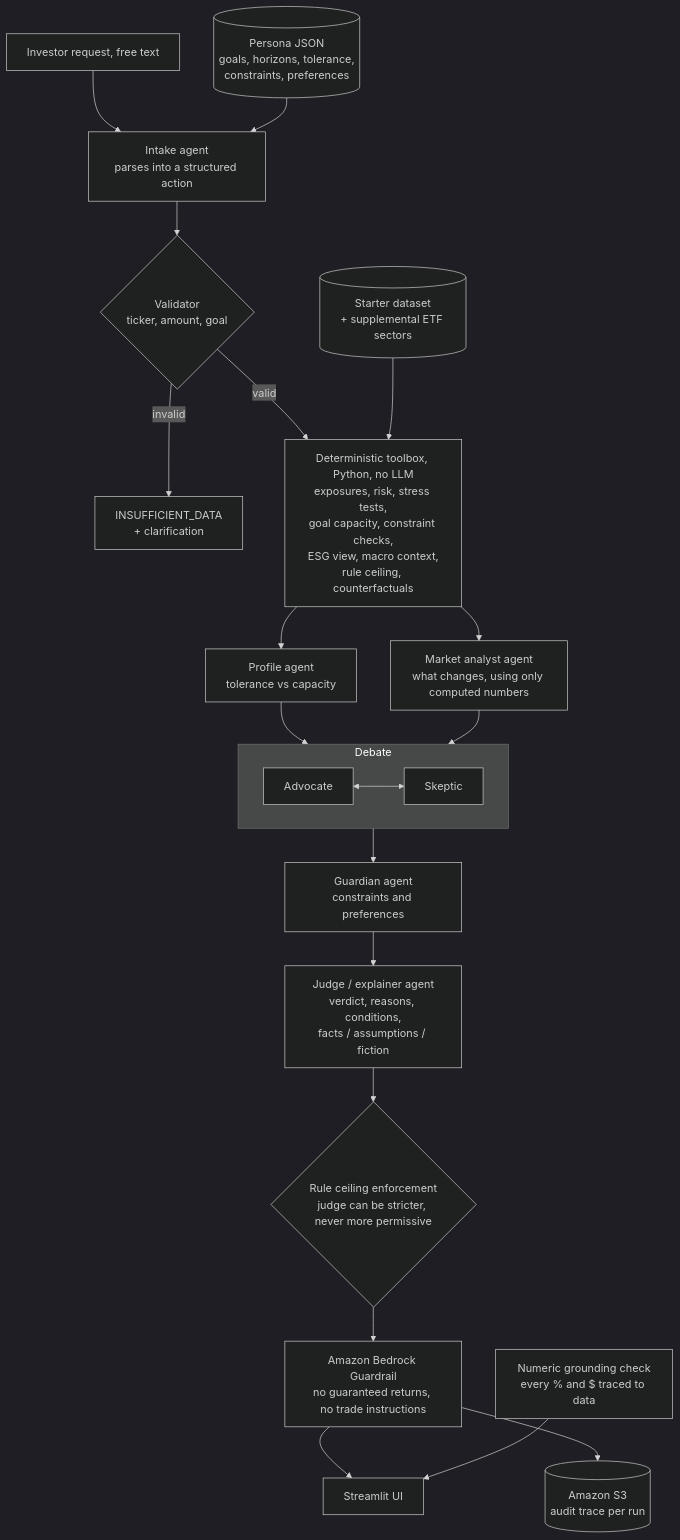
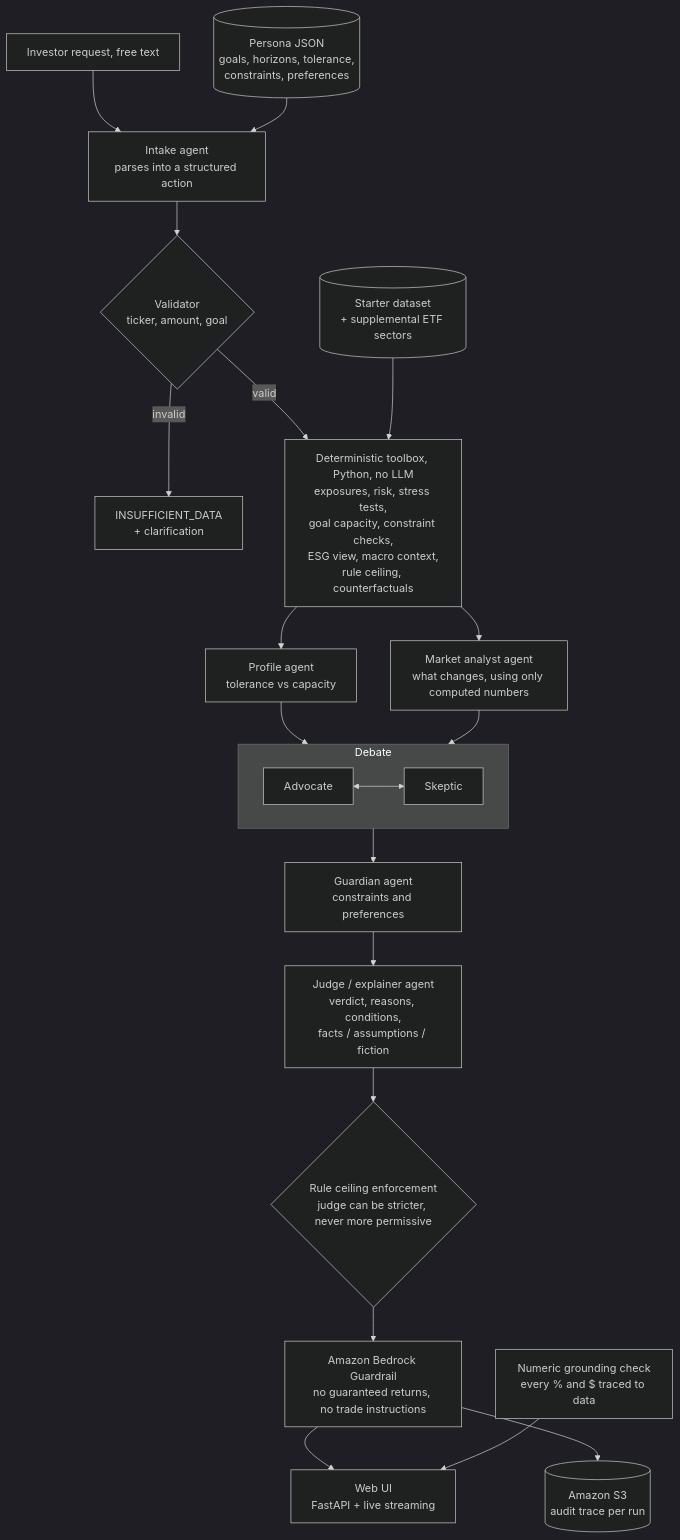
The diagram in docs/technical_documentation.md (Eric0730-04/polyfinances-datathon-2026), drawn with Mermaid (dark theme) before and after one commit. The commit also changed other lines of this file and 21 other files, not shown here.

Commit message:
New web UI (FastAPI + SSE, X-ray and pre-trade check layout), SEC N-PORT ESG screen and company fundamentals, follow-up questions, reopen runs from S3

````diff
--- a/docs/technical_documentation.md
+++ b/docs/technical_documentation.md
@@ -37,23 +37,23 @@
 ```mermaid
 flowchart TD
     U[Investor request, free text] --> I[Intake agent<br/>parses into a structured action]
     P[(Persona JSON<br/>goals, horizons, tolerance,<br/>constraints, preferences)] --> I
     I --> V{Validator<br/>ticker, amount, goal}
     V -- invalid --> X[INSUFFICIENT_DATA<br/>+ clarification]
     V -- valid --> T[Deterministic toolbox, Python, no LLM<br/>exposures, risk, stress tests,<br/>goal capacity, constraint checks,<br/>ESG view, macro context,<br/>rule ceiling, counterfactuals]
     D[(Starter dataset<br/>+ supplemental ETF sectors)] --> T
     T --> PR[Profile agent<br/>tolerance vs capacity]
     T --> AN[Market analyst agent<br/>what changes, using only computed numbers]
     PR --> DB
     AN --> DB
     subgraph DB[Debate]
       ADV[Advocate] <--> SK[Skeptic]
     end
     DB --> G[Guardian agent<br/>constraints and preferences]
     G --> J[Judge / explainer agent<br/>verdict, reasons, conditions,<br/>facts / assumptions / fiction]
     J --> E{Rule ceiling enforcement<br/>judge can be stricter, never more permissive}
     E --> GR[Amazon Bedrock Guardrail<br/>no guaranteed returns, no trade instructions]
-    GR --> UI[Streamlit UI]
+    GR --> UI[Web UI<br/>FastAPI + live streaming]
     GR --> S3[(Amazon S3<br/>audit trace per run)]
     GC[Numeric grounding check<br/>every % and $ traced to data] --> UI
 ```
````
